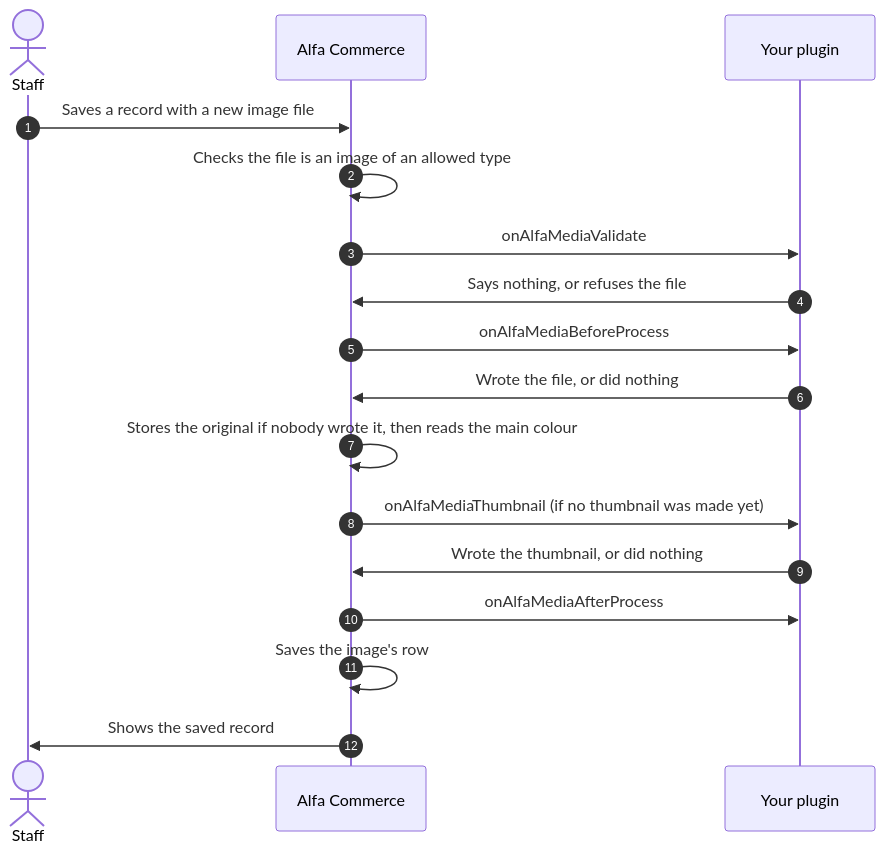
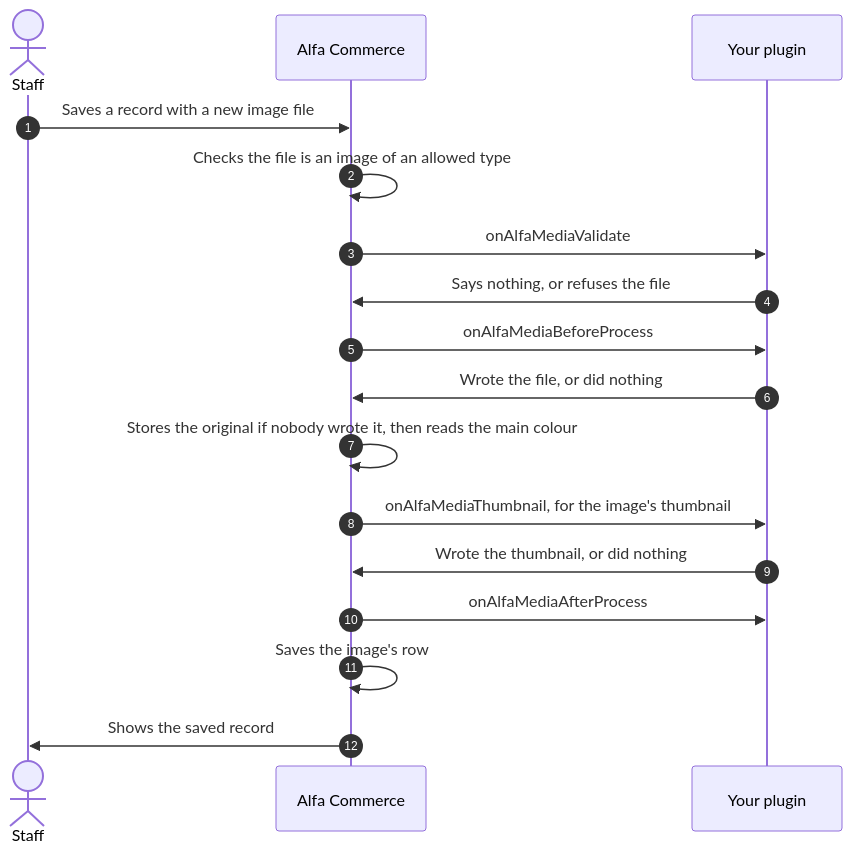
One commit to Easylogic-CO-LP/Alfa-Commerce-Manual changed the diagram in docs/plugins/media-plugins.md. Above: the diagram before and after it, drawn with Mermaid. The commit also changed other lines of this file, not shown here.

Commit message:
Media plugins, checked against the code: payment and shipping method images, the thumbnail made after the image is stored whatever its source, every delete path, the files kept when Complete Media Deletion is off, the jobs' memory refusal

````diff
--- a/docs/plugins/media-plugins.md
+++ b/docs/plugins/media-plugins.md
@@ -73,19 +76,19 @@
 ```mermaid
 sequenceDiagram
     autonumber
     actor Staff
     participant Alfa as Alfa Commerce
     participant P as Your plugin
     Staff->>Alfa: Saves a record with a new image file
     Alfa->>Alfa: Checks the file is an image of an allowed type
     Alfa->>P: onAlfaMediaValidate
     P->>Alfa: Says nothing, or refuses the file
     Alfa->>P: onAlfaMediaBeforeProcess
     P->>Alfa: Wrote the file, or did nothing
     Alfa->>Alfa: Stores the original if nobody wrote it, then reads the main colour
-    Alfa->>P: onAlfaMediaThumbnail (if no thumbnail was made yet)
+    Alfa->>P: onAlfaMediaThumbnail, for the image's thumbnail
     P->>Alfa: Wrote the thumbnail, or did nothing
     Alfa->>P: onAlfaMediaAfterProcess
     Alfa->>Alfa: Saves the image's row
     Alfa->>Staff: Shows the saved record
 ```
````
